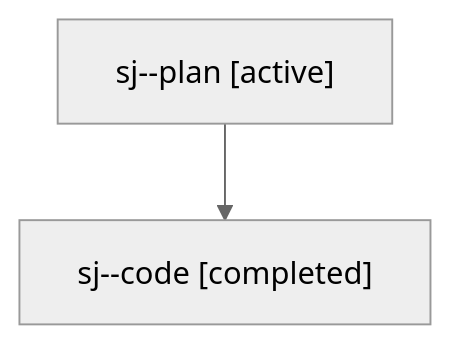
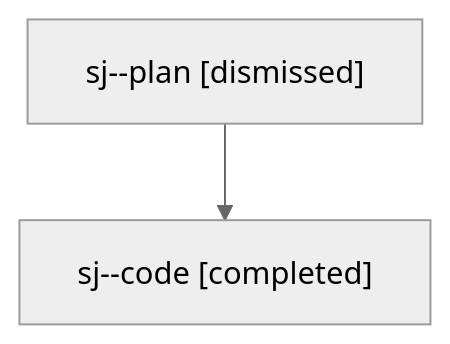
One commit to bobs-org/bob-cli--agents changed the diagram in sessions/bbugyi200.athena.sj.md. Above: the diagram before and after it, drawn with Mermaid (neutral theme). The commit also changed other lines of this file and 28 other files, not shown here.

````diff
--- a/sessions/bbugyi200.athena.sj.md
+++ b/sessions/bbugyi200.athena.sj.md
@@ -9,6 +9,6 @@
 ```mermaid
 flowchart TD
-  n0["sj--plan [active]"]
+  n0["sj--plan [dismissed]"]
   n1["sj--code [completed]"]
   n0 --> n1
 ```
````
